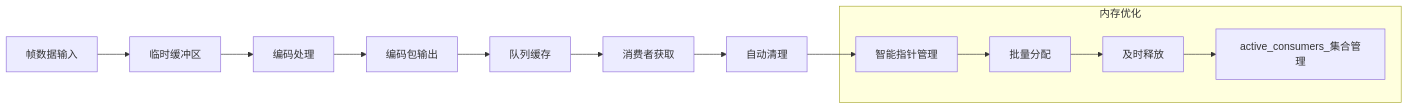
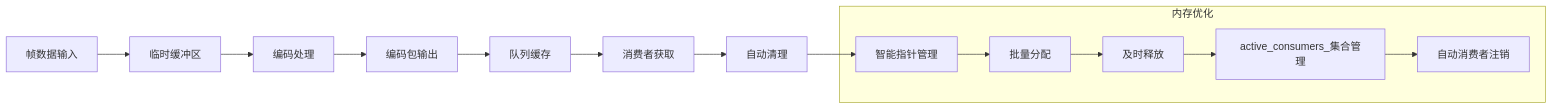
Diagram 13 of 13 in .qoder/repowiki/zh/content/C++ 代理程序/处理模块/编码器技术文档.md (tsxuehu/pi-guard), drawn with Mermaid before and after one commit. The commit also changed other lines of this file and 10 other files, not shown here.

````diff
--- a/.qoder/repowiki/zh/content/C++ 代理程序/处理模块/编码器技术文档.md
+++ b/.qoder/repowiki/zh/content/C++ 代理程序/处理模块/编码器技术文档.md
@@ -509,19 +538,21 @@
 ```mermaid
 flowchart LR
 A[帧数据输入] --> B[临时缓冲区]
 B --> C[编码处理]
 C --> D[编码包输出]
 D --> E[队列缓存]
 E --> F[消费者获取]
 F --> G[自动清理]
 subgraph "内存优化"
 H[智能指针管理]
 I[批量分配]
 J[及时释放]
 K[active_consumers_集合管理]
+L[自动消费者注销]
 end
 G --> H
 H --> I
 I --> J
 J --> K
+K --> L
 ```
````
